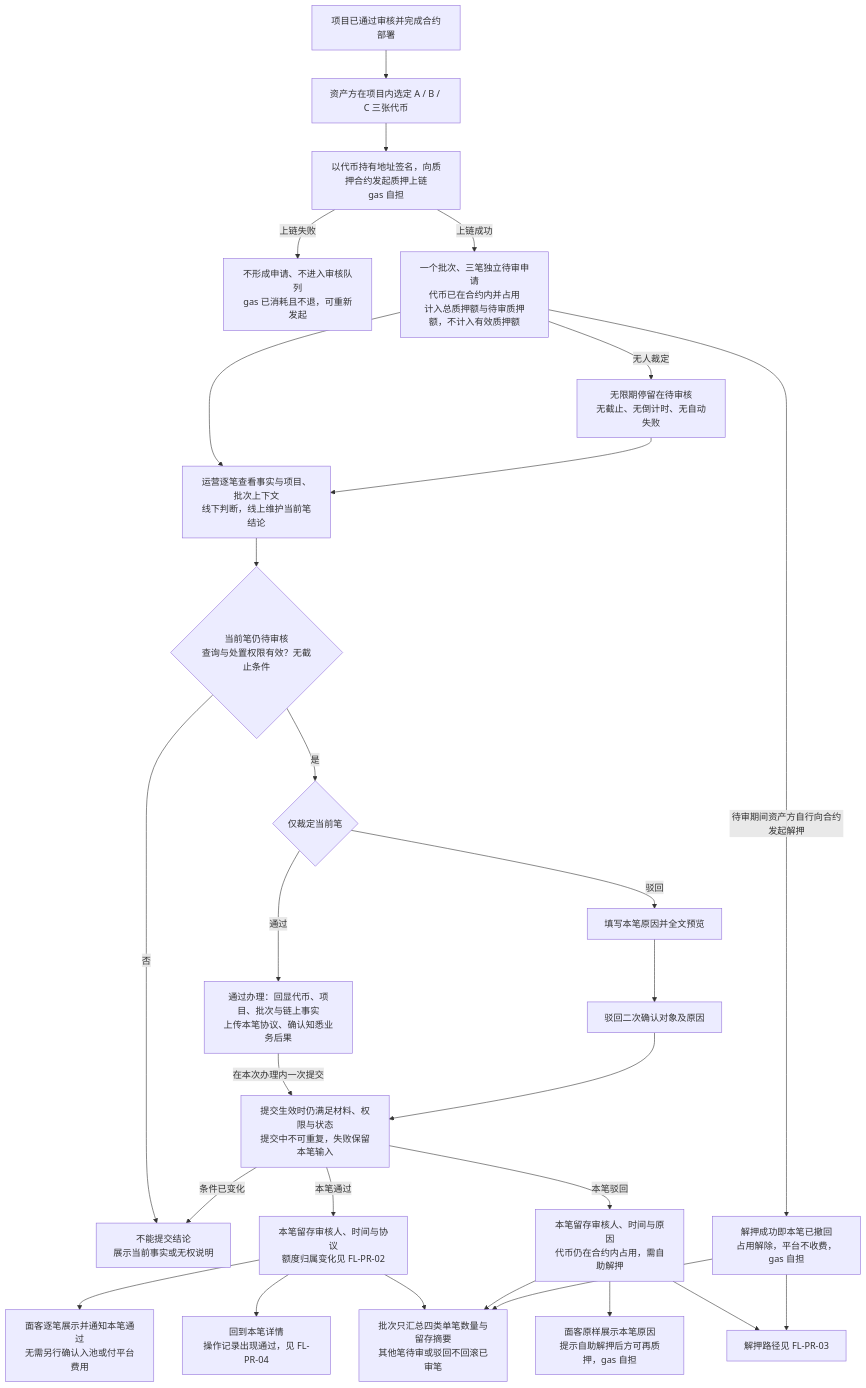
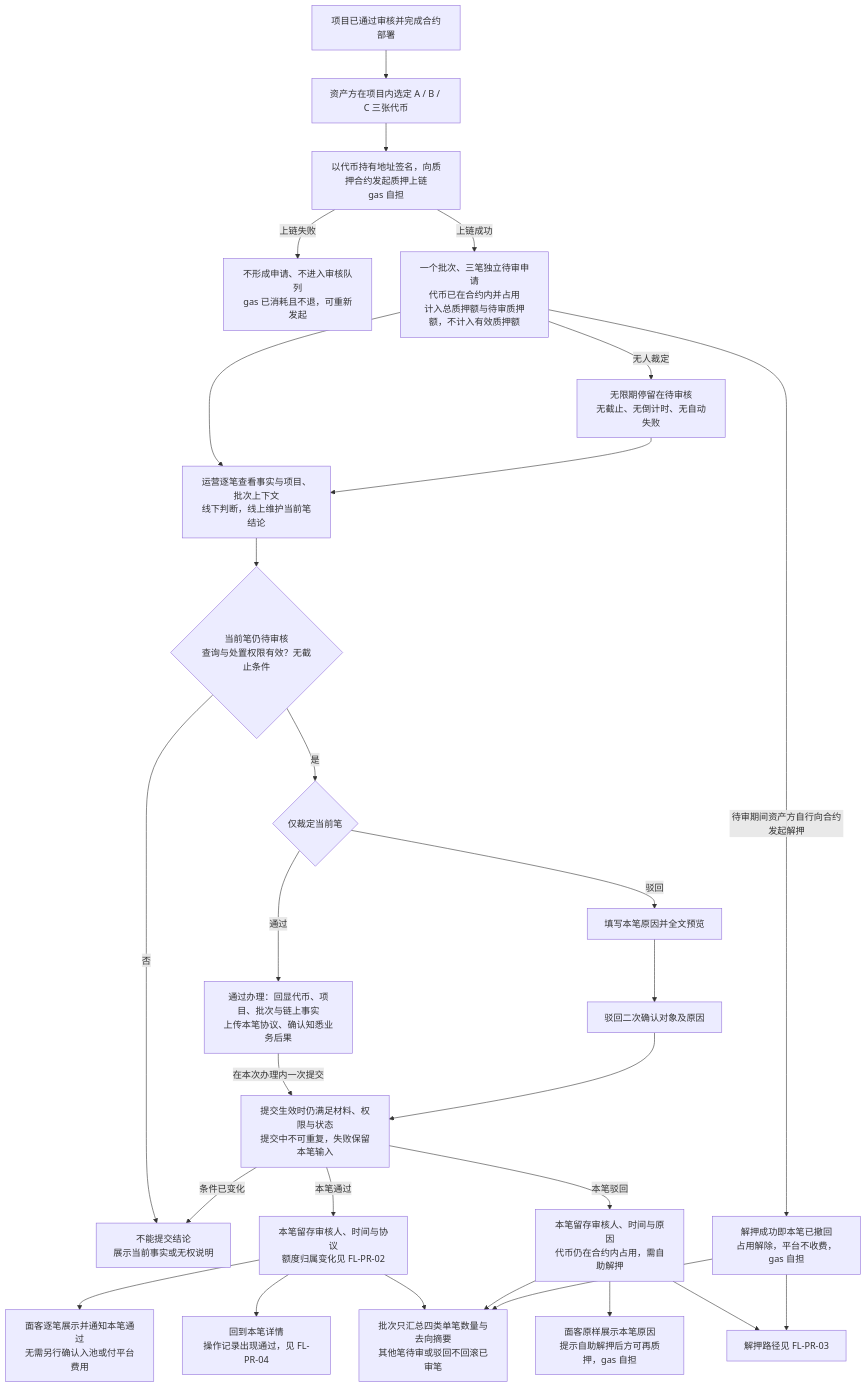
One commit to wxblockchain/Chain-Financing changed the first of 6 diagrams in lending-platform/PRD/运营端/06-代币质押审核/02-代币质押审核-流程图与状态机.md. Above: the diagram before and after it, drawn with Mermaid. The commit also changed other lines of this file and 4 other files, not shown here.

````diff
--- a/lending-platform/PRD/运营端/06-代币质押审核/02-代币质押审核-流程图与状态机.md
+++ b/lending-platform/PRD/运营端/06-代币质押审核/02-代币质押审核-流程图与状态机.md
@@ -24,30 +24,30 @@
 ```mermaid
 flowchart TD
   S["项目已通过审核并完成合约部署"] --> A["资产方在项目内选定 A / B / C 三张代币"]
   A --> T["以代币持有地址签名，向质押合约发起质押上链<br/>gas 自担"]
   T -- "上链失败" --> TF["不形成申请、不进入审核队列<br/>gas 已消耗且不退，可重新发起"]
   T -- "上链成功" --> B["一个批次、三笔独立待审申请<br/>代币已在合约内并占用<br/>计入总质押额与待审质押额，不计入有效质押额"]
   B --> C["运营逐笔查看事实与项目、批次上下文<br/>线下判断，线上维护当前笔结论"]
   C --> D{"当前笔仍待审核<br/>查询与处置权限有效？无截止条件"}
   D -- "否" --> E["不能提交结论<br/>展示当前事实或无权说明"]
   D -- "是" --> F{"仅裁定当前笔"}
   F -- "通过" --> G["通过办理：回显代币、项目、批次与链上事实<br/>上传本笔协议、确认知悉业务后果"]
   F -- "驳回" --> H["填写本笔原因并全文预览"]
   G -- "在本次办理内一次提交" --> I["提交生效时仍满足材料、权限与状态<br/>提交中不可重复，失败保留本笔输入"]
   H --> R["驳回二次确认对象及原因"]
   R --> I
   I -- "条件已变化" --> E
   I -- "本笔通过" --> J["本笔留存审核人、时间与协议<br/>额度归属变化见 FL-PR-02"]
   I -- "本笔驳回" --> K["本笔留存审核人、时间与原因<br/>代币仍在合约内占用，需自助解押"]
   J --> L["面客逐笔展示并通知本笔通过<br/>无需另行确认入池或付平台费用"]
   K --> M["面客原样展示本笔原因<br/>提示自助解押后方可再质押，gas 自担"]
   K --> X["解押路径见 FL-PR-03"]
   B -- "待审期间资产方自行向合约发起解押" --> N["解押成功即本笔已撤回<br/>占用解除，平台不收费，gas 自担"]
   N --> X
   B -- "无人裁定" --> W["无限期停留在待审核<br/>无截止、无倒计时、无自动失败"]
   W --> C
   J --> V["回到本笔详情<br/>操作记录出现通过，见 FL-PR-04"]
-  J --> Q["批次只汇总四类单笔数量与留存摘要<br/>其他笔待审或驳回不回滚已审笔"]
+  J --> Q["批次只汇总四类单笔数量与去向摘要<br/>其他笔待审或驳回不回滚已审笔"]
   K --> Q
   N --> Q
 ```
````
